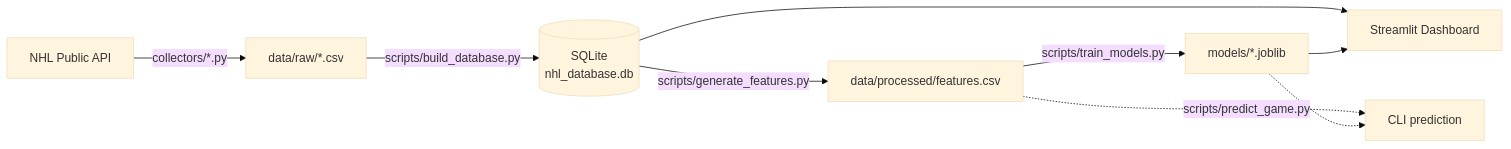
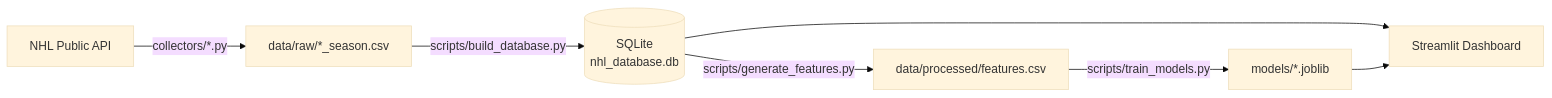
One commit to sbutler68375/hockey_dashboard changed the diagram in README.md. Above: the diagram before and after it, drawn with Mermaid (base theme). The commit also changed other lines of this file and 23 other files, not shown here.

First line of the commit message:
Dashboard redesign, season toggle, team picker, and per-season data

````diff
--- a/README.md
+++ b/README.md
@@ -32,11 +30,9 @@
 ```mermaid
 flowchart LR
-    A[NHL Public API] -->|collectors/*.py| B[data/raw/*.csv]
+    A[NHL Public API] -->|collectors/*.py| B[data/raw/*_season.csv]
     B -->|scripts/build_database.py| C[(SQLite\nnhl_database.db)]
     C -->|scripts/generate_features.py| D[data/processed/features.csv]
     D -->|scripts/train_models.py| E[models/*.joblib]
     C --> F[Streamlit Dashboard]
     E --> F
-    D -.->|scripts/predict_game.py| G[CLI prediction]
-    E -.-> G
 ```
````
